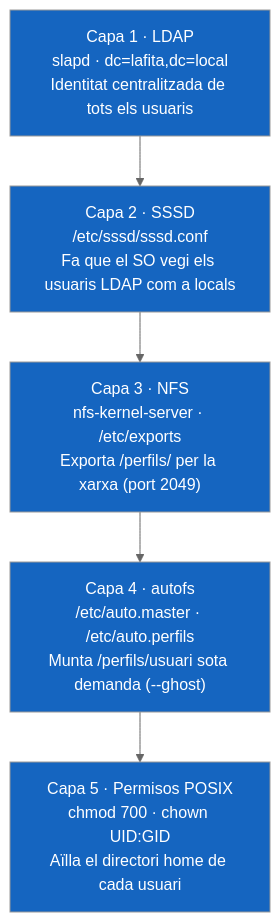
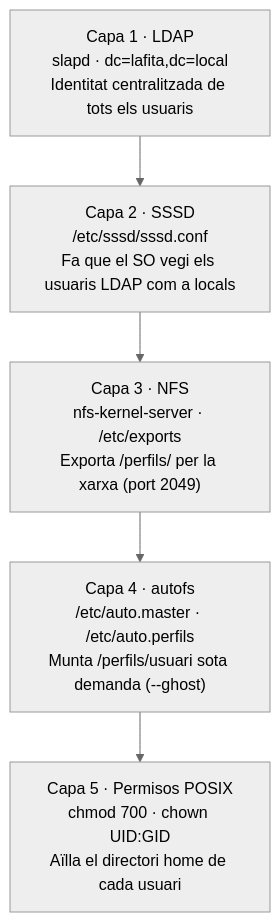
The diagram in docs/ut2/bloc9-diagnostic/45-diagnostic-integral-linux.md (xtartera/TartyDocs), drawn with Mermaid (neutral theme) before and after one commit. The commit also changed other lines of this file and 15 other files, not shown here.

First line of the commit message:
ut2: elimina style directives dels diagrames mermaid (18 fitxers)

````diff
--- a/docs/ut2/bloc9-diagnostic/45-diagnostic-integral-linux.md
+++ b/docs/ut2/bloc9-diagnostic/45-diagnostic-integral-linux.md
@@ -24,16 +24,11 @@
     ```mermaid
     flowchart TB
         A["Capa 1 · LDAP\nslapd · dc=lafita,dc=local\nIdentitat centralitzada de tots els usuaris"]
         B["Capa 2 · SSSD\n/etc/sssd/sssd.conf\nFa que el SO vegi els usuaris LDAP com a locals"]
         C["Capa 3 · NFS\nnfs-kernel-server · /etc/exports\nExporta /perfils/ per la xarxa (port 2049)"]
         D["Capa 4 · autofs\n/etc/auto.master · /etc/auto.perfils\nMunta /perfils/usuari sota demanda (--ghost)"]
         E["Capa 5 · Permisos POSIX\nchmod 700 · chown UID:GID\nAïlla el directori home de cada usuari"]
 
         A --> B --> C --> D --> E
 
-        style A fill:#1565C0,color:#fff
-        style B fill:#1565C0,color:#fff
-        style C fill:#1565C0,color:#fff
-        style D fill:#1565C0,color:#fff
-        style E fill:#1565C0,color:#fff
     ```
````
